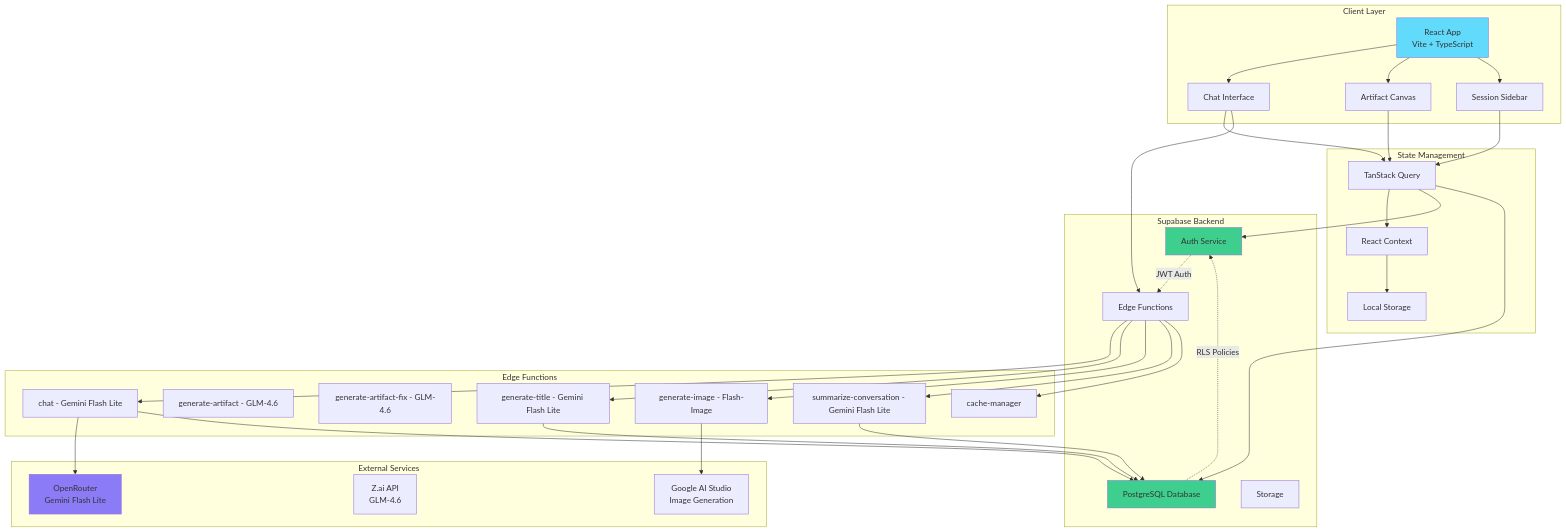
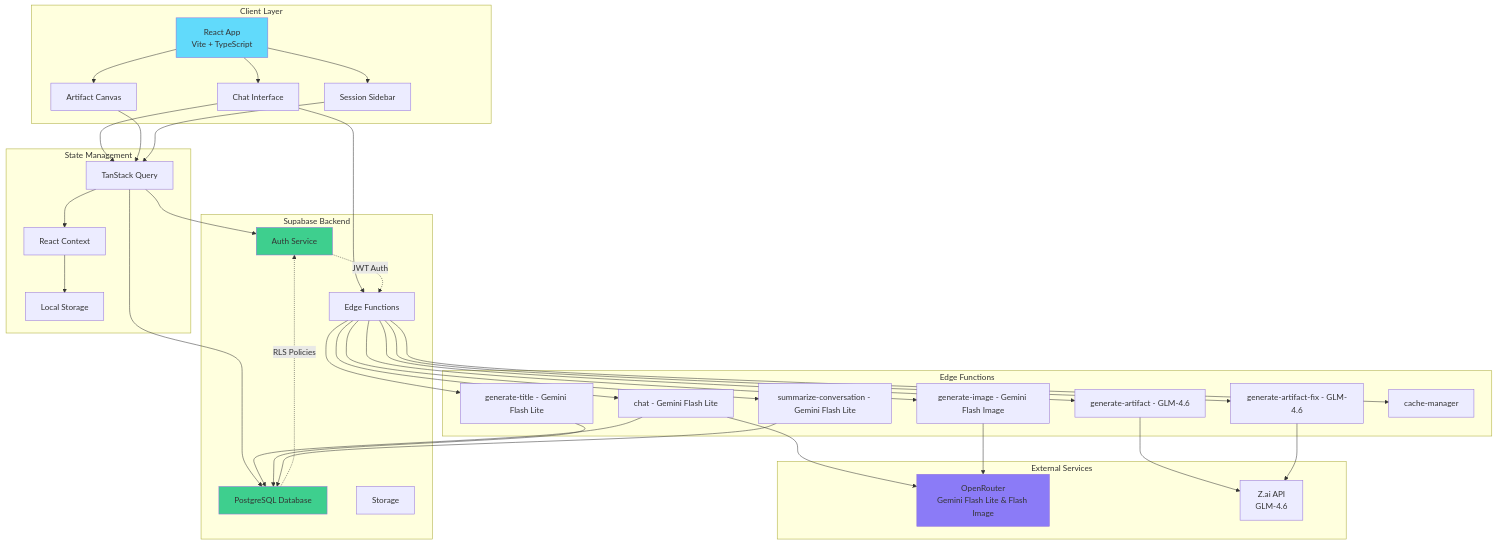
The first of 5 diagrams in README.md (NickB03/vana), drawn with Mermaid before and after one commit. The commit also changed other lines of this file and 81 other files, not shown here.

````diff
--- a/README.md
+++ b/README.md
@@ -258,71 +257,74 @@
 ```mermaid
 graph TB
     subgraph "Client Layer"
         A[React App<br/>Vite + TypeScript]
         B[Chat Interface]
         C[Artifact Canvas]
         D[Session Sidebar]
     end
 
     subgraph "State Management"
         E[TanStack Query]
         F[React Context]
         G[Local Storage]
     end
 
     subgraph "Supabase Backend"
         H[PostgreSQL Database]
         I[Auth Service]
         J[Edge Functions]
         K[Storage]
     end
 
     subgraph "Edge Functions"
         L[chat - Gemini Flash Lite]
         LA[generate-artifact - GLM-4.6]
         LB[generate-artifact-fix - GLM-4.6]
         M[generate-title - Gemini Flash Lite]
-        N[generate-image - Flash-Image]
+        N[generate-image - Gemini Flash Image]
         O[summarize-conversation - Gemini Flash Lite]
         P[cache-manager]
     end
 
     subgraph "External Services"
-        Q[OpenRouter<br/>Gemini Flash Lite]
+        Q[OpenRouter<br/>Gemini Flash Lite & Flash Image]
         QA[Z.ai API<br/>GLM-4.6]
-        R[Google AI Studio<br/>Image Generation]
     end
 
     A --> B
     A --> C
     A --> D
     B --> E
     C --> E
     D --> E
     E --> F
     F --> G
 
     E --> I
     E --> H
     B --> J
 
     J --> L
+    J --> LA
+    J --> LB
     J --> M
     J --> N
     J --> O
     J --> P
 
     L --> Q
-    N --> R
+    LA --> QA
+    LB --> QA
+    N --> Q
     L --> H
     M --> H
     O --> H
 
     I -.JWT Auth.-> J
     H -.RLS Policies.-> I
 
     style A fill:#61dafb
     style H fill:#3ecf8e
     style Q fill:#8B7BF7
     style I fill:#3ecf8e
 ```
````
